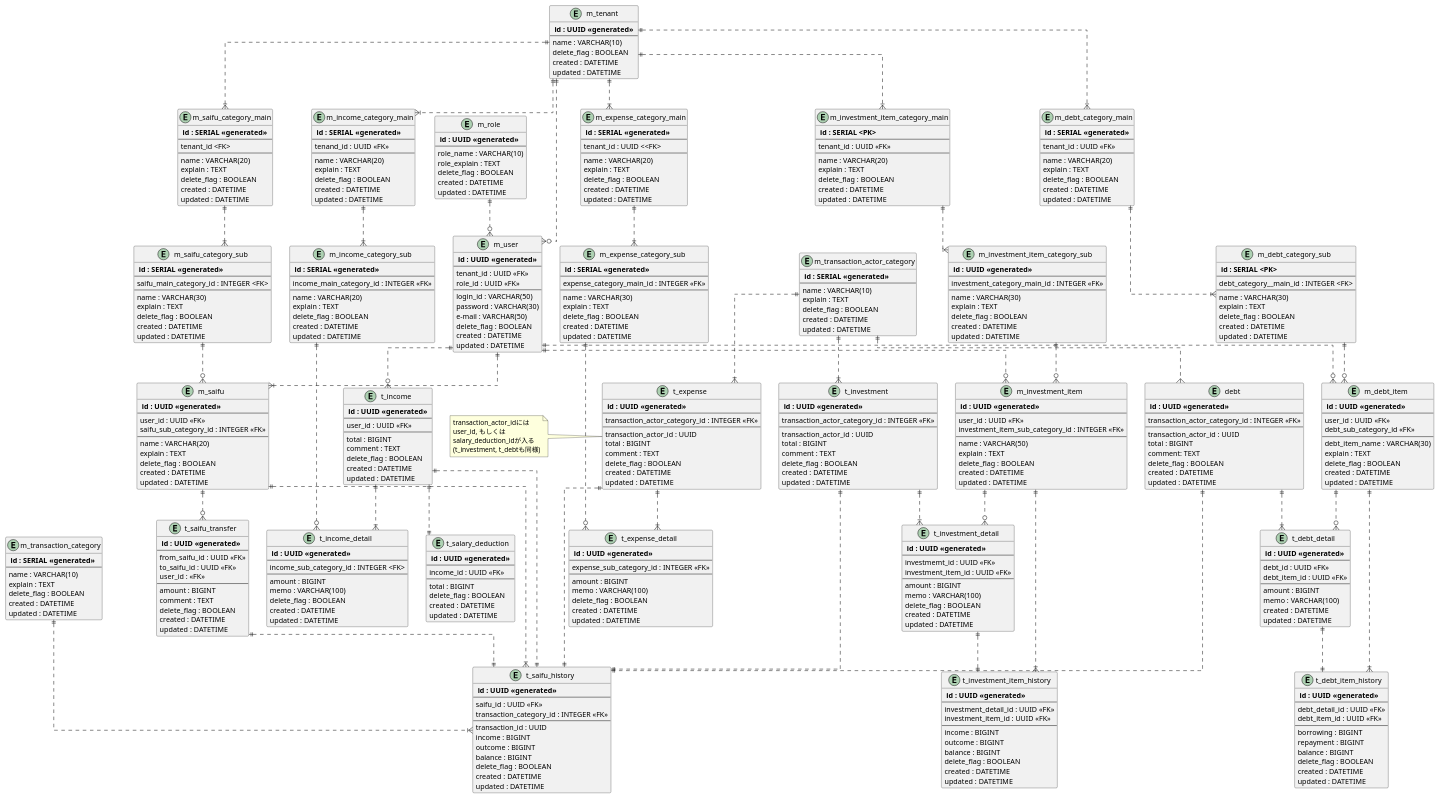
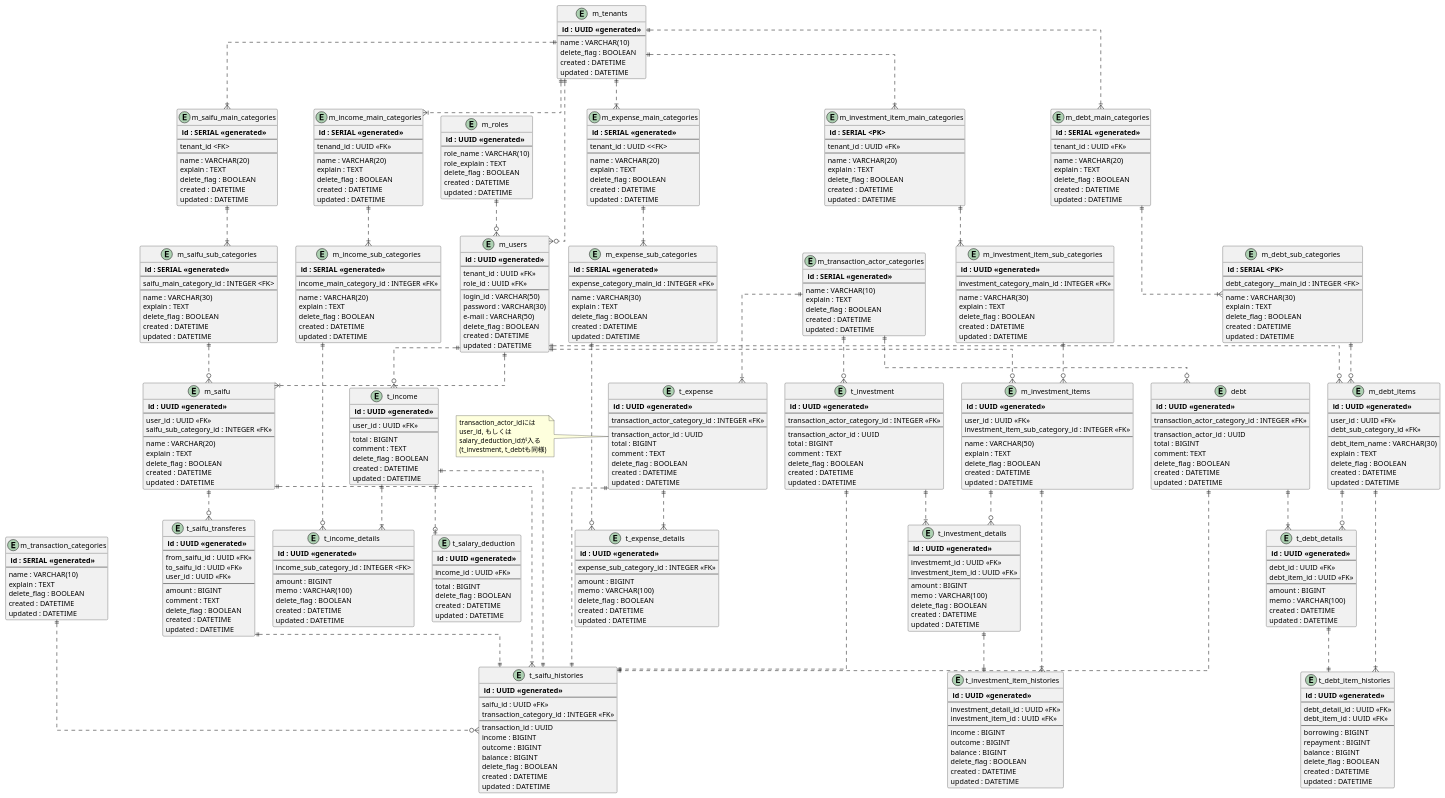
Before and after one commit to JojiKoike/saifu-docs: the diagram in design/DB_Physical.wsd, drawn with PlantUML.

Commit message:
レビュー事項の修正

```diff
--- a/design/DB_Physical.wsd
+++ b/design/DB_Physical.wsd
@@ -3,7 +3,7 @@
 skinparam linetype ortho
 
 ' Entity
-entity "m_tenant" as tenant{
+entity "m_tenants" as tenant{
   ** id : UUID <<generated>> **
   --
   name : VARCHAR(10)
@@ -12,7 +12,7 @@
   updated : DATETIME
 }
 
-entity "m_user" as user {
+entity "m_users" as user {
   ** id : UUID <<generated>> **
   --
   tenant_id : UUID <<FK>>
@@ -26,7 +26,7 @@
   updated : DATETIME
 }
 
-entity "m_role" as role {
+entity "m_roles" as role {
   ** id : UUID <<generated>> **
   --
   role_name : VARCHAR(10)
@@ -49,7 +49,7 @@
   updated : DATETIME
 }
 
-entity "m_saifu_category_main" as saifuCategoryMain {
+entity "m_saifu_main_categories" as saifuCategoryMain {
   ** id : SERIAL <<generated>> **
   --
   tenant_id <FK>
@@ -61,7 +61,7 @@
   updated : DATETIME
 }
 
-entity "m_saifu_category_sub" as saifuCategorySub {
+entity "m_saifu_sub_categories" as saifuCategorySub {
   ** id : SERIAL <<generated>> **
   --
   saifu_main_category_id : INTEGER <FK>
@@ -73,7 +73,7 @@
   updated : DATETIME
 }
 
-entity "t_saifu_history" as saifuHistory {
+entity "t_saifu_histories" as saifuHistory {
   ** id : UUID <<generated>> **
   --
   saifu_id : UUID <<FK>>
@@ -88,12 +88,12 @@
   updated : DATETIME
 }
 
-entity "t_saifu_transfer" as saifuTransfer {
+entity "t_saifu_transferes" as saifuTransfer {
   ** id : UUID <<generated>> **
   --
   from_saifu_id : UUID <<FK>>
   to_saifu_id : UUID <<FK>>
-  user_id : <<FK>>
+  user_id : UUID <<FK>>
   --
   amount : BIGINT
   comment : TEXT
@@ -102,7 +102,7 @@
   updated : DATETIME
 }
 
-entity "m_transaction_category" as transactionCategory {
+entity "m_transaction_categories" as transactionCategory {
   ** id : SERIAL <<generated>> **
   --
   name : VARCHAR(10)
@@ -124,7 +124,7 @@
   updated : DATETIME
 }
 
-entity "t_income_detail" as incomeDetail {
+entity "t_income_details" as incomeDetail {
   ** id : UUID <<generated>> **
   --
   income_sub_category_id : INTEGER <FK>
@@ -136,7 +136,7 @@
   updated : DATETIME
 }
 
-entity "m_income_category_main" as incomeCategoryMain {
+entity "m_income_main_categories" as incomeCategoryMain {
   ** id : SERIAL <<generated>> **
   --
   tenand_id : UUID <<FK>>
@@ -148,7 +148,7 @@
   updated : DATETIME
 }
 
-entity "m_income_category_sub" as incomeCategorySub {
+entity "m_income_sub_categories" as incomeCategorySub {
   ** id : SERIAL <<generated>> **
   --
   income_main_category_id : INTEGER <<FK>>
@@ -171,7 +171,7 @@
   updated : DATETIME
 }
 
-entity "m_transaction_actor_category" as transactionActorCategory {
+entity "m_transaction_actor_categories" as transactionActorCategory {
   ** id : SERIAL <<generated>> **
   --
   name : VARCHAR(10)
@@ -194,7 +194,7 @@
   updated : DATETIME
 }
 
-entity "t_expense_detail" as expenseDetail {
+entity "t_expense_details" as expenseDetail {
   ** id : UUID <<generated>> **
   --
   expense_sub_category_id : INTEGER <<FK>>
@@ -206,7 +206,7 @@
   updated : DATETIME
 }
 
-entity "m_expense_category_main" as expenseCategoryMain {
+entity "m_expense_main_categories" as expenseCategoryMain {
   ** id : SERIAL <<generated>> **
   --
   tenant_id : UUID <<FK>
@@ -218,7 +218,7 @@
   updated : DATETIME
 }
 
-entity "m_expense_category_sub" as expenseCategorySub {
+entity "m_expense_sub_categories" as expenseCategorySub {
   ** id : SERIAL <<generated>> **
   --
   expense_category_main_id : INTEGER <<FK>>
@@ -243,7 +243,7 @@
   updated : DATETIME
 }
 
-entity "t_investment_detail" as investmentDetail {
+entity "t_investment_details" as investmentDetail {
   ** id : UUID <<generated>> **
   --
   investmemt_id : UUID <<FK>>
@@ -256,7 +256,7 @@
   updated : DATETIME
 }
 
-entity "m_investment_item" as investmentItem {
+entity "m_investment_items" as investmentItem {
   ** id : UUID <<generated>> **
   --
   user_id : UUID <<FK>>
@@ -269,7 +269,7 @@
   updated : DATETIME
 }
 
-entity "t_investment_item_history" as investmentItemHistory {
+entity "t_investment_item_histories" as investmentItemHistory {
   ** id : UUID <<generated>> **
   --
   investment_detail_id : UUID <<FK>>
@@ -283,7 +283,7 @@
   updated : DATETIME
 }
 
-entity "m_investment_item_category_main" as investmentItemCategoryMain {
+entity "m_investment_item_main_categories" as investmentItemCategoryMain {
   ** id : SERIAL <PK> **
   --
   tenant_id : UUID <<FK>>
@@ -295,7 +295,7 @@
   updated : DATETIME
 }
 
-entity "m_investment_item_category_sub" as investmentItemCategorySub {
+entity "m_investment_item_sub_categories" as investmentItemCategorySub {
   ** id : UUID <<generated>> **
   --
   investment_category_main_id : INTEGER <<FK>>
@@ -320,7 +320,7 @@
   updated : DATETIME
 }
 
-entity "t_debt_detail" as debtDetail {
+entity "t_debt_details" as debtDetail {
   ** id : UUID <<generated>> **
   --
   debt_id : UUID <<FK>>
@@ -332,7 +332,7 @@
   updated : DATETIME
 }
 
-entity "m_debt_item" as debtItem {
+entity "m_debt_items" as debtItem {
   ** id : UUID <<generated>> **
   --
   user_id : UUID <<FK>>
@@ -345,7 +345,7 @@
   updated : DATETIME
 }
 
-entity "t_debt_item_history" as debtItemHistory {
+entity "t_debt_item_histories" as debtItemHistory {
   ** id : UUID <<generated>> **
   --
   debt_detail_id : UUID <<FK>>
@@ -359,7 +359,7 @@
   updated : DATETIME
 }
 
-entity "m_debt_category_main" as debtCategoryMain {
+entity "m_debt_main_categories" as debtCategoryMain {
   ** id : SERIAL <<generated>> **
   --
   tenant_id : UUID <<FK>>
@@ -371,7 +371,7 @@
   updated : DATETIME
 }
 
-entity "m_debt_category_sub" as debtCategorySub {
+entity "m_debt_sub_categories" as debtCategorySub {
   ** id : SERIAL <PK> **
   --
   debt_category__main_id : INTEGER <FK>
@@ -395,7 +395,7 @@
 tenant ||..|{saifuCategoryMain
 saifuCategoryMain ||..|{saifuCategorySub
 saifuCategorySub ||..o{saifu
-transactionCategory ||..|{saifuHistory
+transactionCategory ||..o{saifuHistory
 saifu ||..o{saifuTransfer
 saifuTransfer ||..|| saifuHistory
 
@@ -406,7 +406,7 @@
 user ||..o{income
 income ||..|{incomeDetail
 income ||..||saifuHistory
-income ||..||salaryDeduction
+income ||..o|salaryDeduction
 
 ' Expense
 tenant ||..|{expenseCategoryMain
@@ -420,7 +420,7 @@
 tenant ||..|{investmentItemCategoryMain
 investmentItemCategoryMain ||..|{investmentItemCategorySub
 investmentItemCategorySub ||..o{investmentItem
-transactionActorCategory ||..|{investment
+transactionActorCategory ||..o{investment
 investment ||..|{investmentDetail
 investment ||..||saifuHistory
 investmentDetail ||..||investmentItemHistory
@@ -432,7 +432,7 @@
 tenant ||..|{debtCategoryMain
 debtCategoryMain ||..|{debtCategorySub
 debtCategorySub ||..o{debtItem
-transactionActorCategory ||..{debt
+transactionActorCategory ||..o{debt
 debt ||..|{debtDetail
 debt ||..||saifuHistory
 debtDetail ||..||debtItemHistory
```
